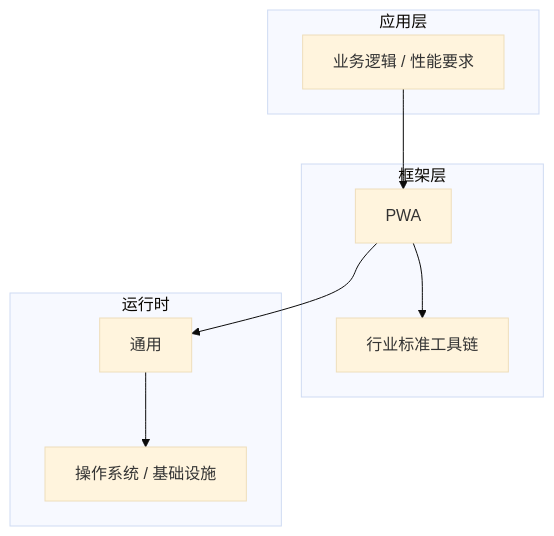
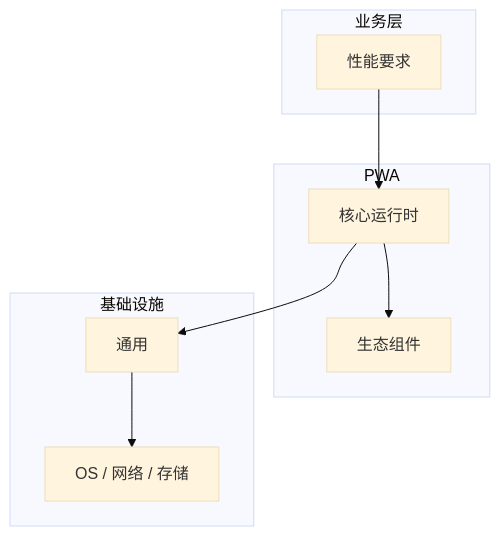
The diagram in articles/PWA/chapters/043-性能要求核心概念与原理.md (yanggan2015/knowledge-json-v2), drawn with Mermaid (base theme) before and after one commit. The commit also changed other lines of this file and 10127 other files, not shown here.

````diff
--- a/articles/PWA/chapters/043-性能要求核心概念与原理.md
+++ b/articles/PWA/chapters/043-性能要求核心概念与原理.md
@@ -45,18 +34,18 @@
 ```mermaid
 graph TB
-    subgraph 应用层
-        A[业务逻辑 / 性能要求]
+    subgraph 业务层
+        A[性能要求]
     end
-    subgraph 框架层
-        B[PWA]
-        C[行业标准工具链]
+    subgraph PWA
+        B[核心运行时]
+        C[生态组件]
     end
-    subgraph 运行时
+    subgraph 基础设施
         D[通用]
-        E[操作系统 / 基础设施]
+        E[OS / 网络 / 存储]
     end
     A --> B
     B --> C
     B --> D
     D --> E
 ```
````
